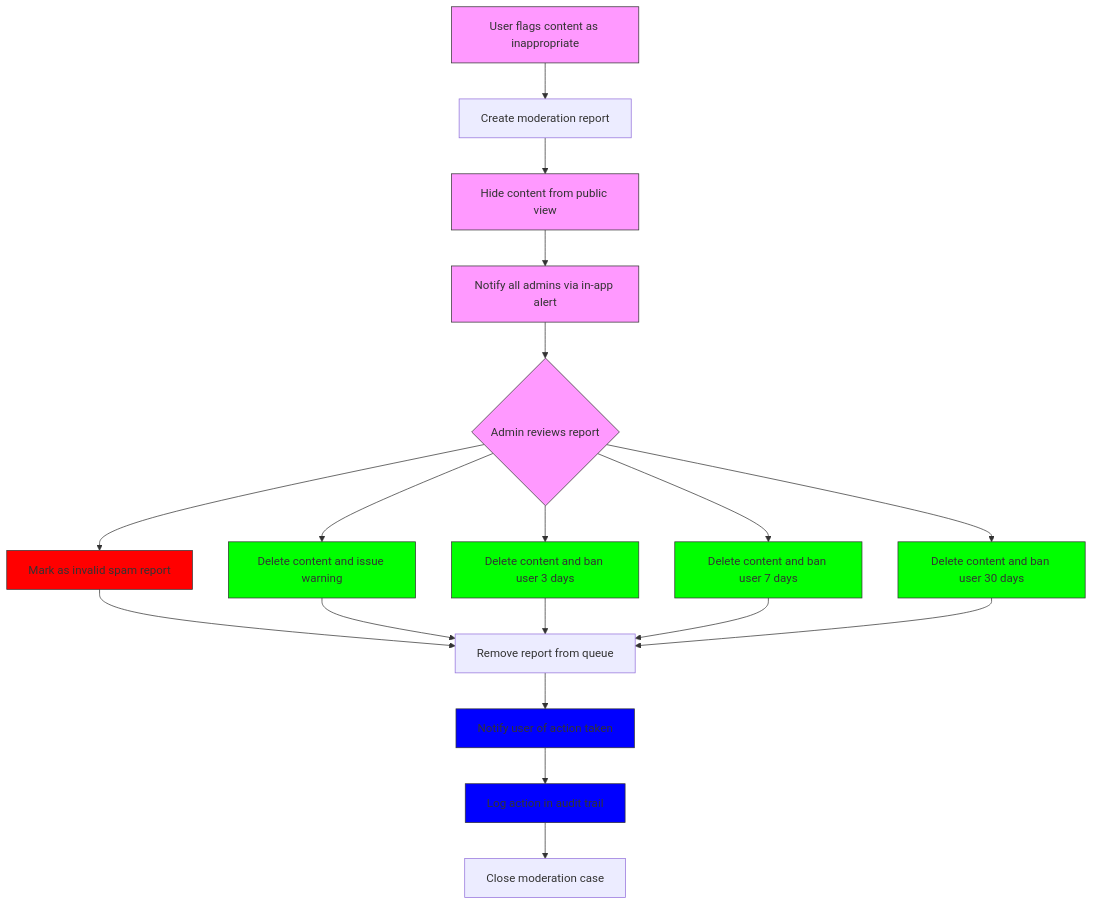
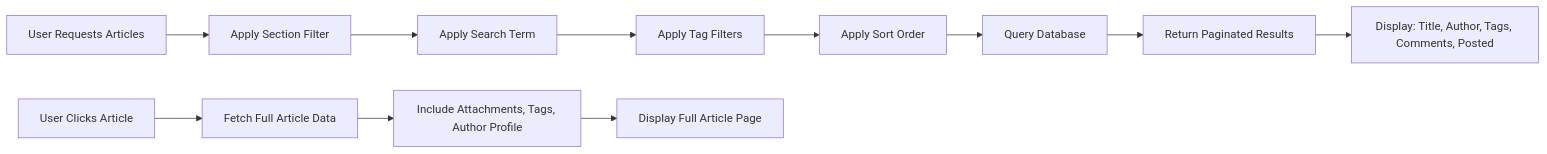
One commit to wrtnlabs/autobe-examples changed the fourth of 4 diagrams in qwen/qwen3-next-80b-a3b-instruct/bbs/docs/analysis/00-toc.md. Above: the diagram before and after it, drawn with Mermaid. The commit also changed other lines of this file and 9391 other files, not shown here.

````diff
--- a/qwen/qwen3-next-80b-a3b-instruct/bbs/docs/analysis/00-toc.md
+++ b/qwen/qwen3-next-80b-a3b-instruct/bbs/docs/analysis/00-toc.md
@@ -162,33 +469,13 @@
 ```mermaid
-graph TD
-    A["User flags content as inappropriate"] --> B["Create moderation report"]
-    B --> C["Hide content from public view"]
-    C --> D["Notify all admins via in-app alert"]
-    D --> E{"Admin reviews report"}
-    E --> F["Mark as invalid spam report"]
-    E --> G["Delete content and issue warning"]
-    E --> H["Delete content and ban user 3 days"]
-    E --> I["Delete content and ban user 7 days"]
-    E --> J["Delete content and ban user 30 days"]
-    
-    F --> K["Remove report from queue"]
-    G --> K
-    H --> K
-    I --> K
-    J --> K
-    K --> L["Notify user of action taken"]
-    L --> M["Log action in audit trail"]
-    M --> N["Close moderation case"]
-
-    style A fill:#f9f,stroke:#333
-    style C fill:#f9f,stroke:#333
-    style D fill:#f9f,stroke:#333
-    style E fill:#f9f,stroke:#333
-    style F fill:#f00,stroke:#333
-    style G fill:#0f0,stroke:#333
-    style H fill:#0f0,stroke:#333
-    style I fill:#0f0,stroke:#333
-    style J fill:#0f0,stroke:#333
-    style L fill:#00f,stroke:#333
-    style M fill:#00f,stroke:#333
+graph LR
+  A["User Requests Articles"] --> B["Apply Section Filter"]
+  B --> C["Apply Search Term"]
+  C --> D["Apply Tag Filters"]
+  D --> E["Apply Sort Order"]
+  E --> F["Query Database"]
+  F --> G["Return Paginated Results"]
+  G --> H["Display: Title, Author, Tags, Comments, Posted" ]
+  I["User Clicks Article"] --> J["Fetch Full Article Data"]
+  J --> K["Include Attachments, Tags, Author Profile"]
+  K --> L["Display Full Article Page"]
 ```
````
